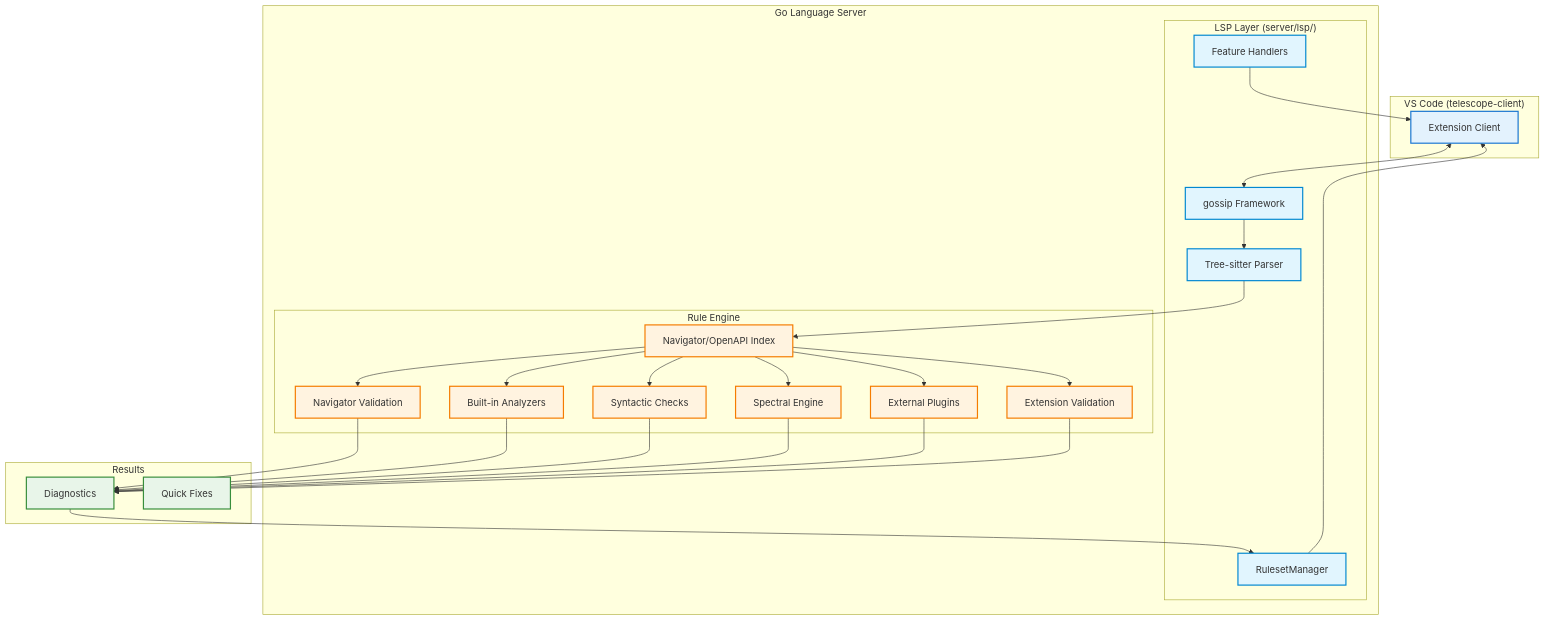
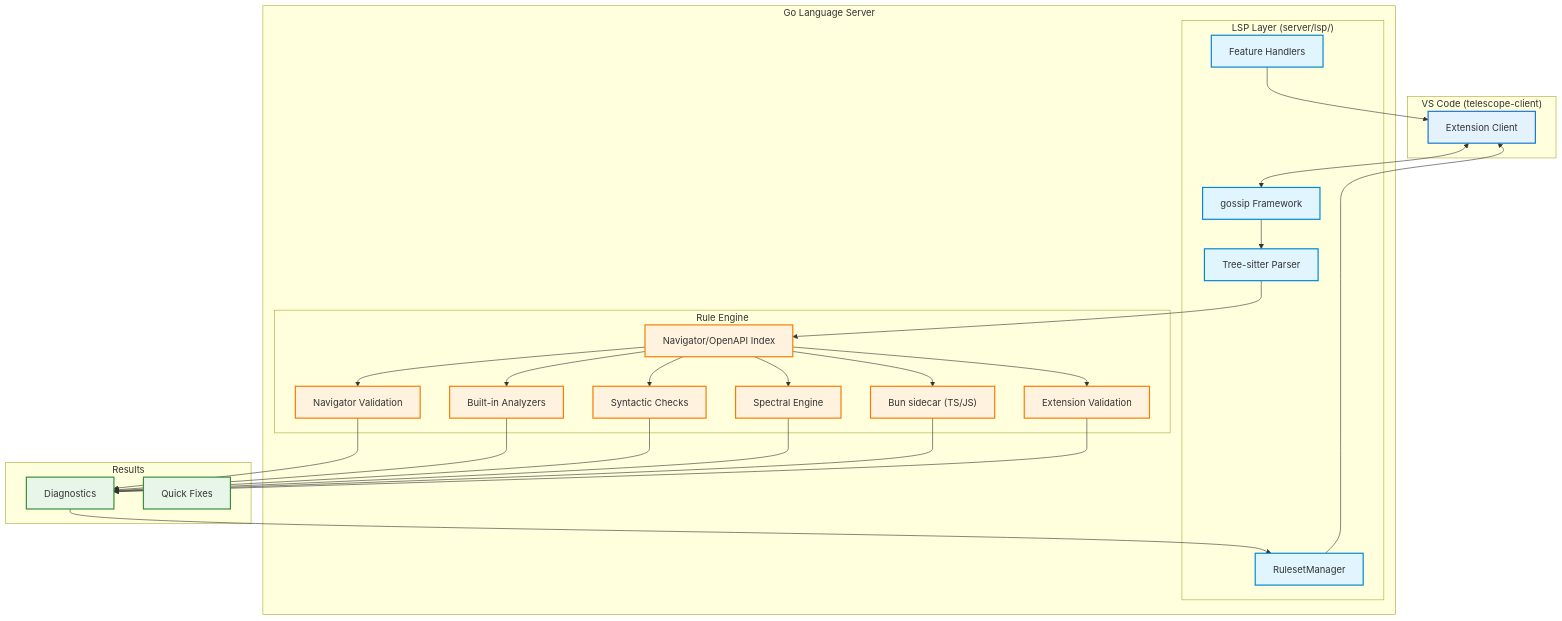
The diagram in ARCHITECTURE.md (sailpoint-oss/telescope), drawn with Mermaid before and after one commit. The commit also changed other lines of this file and 33 other files, not shown here.

First line of the commit message:
refactor: update architecture and documentation for custom rules

````diff
--- a/ARCHITECTURE.md
+++ b/ARCHITECTURE.md
@@ -45,61 +45,61 @@
 ```mermaid
 flowchart TB
     subgraph Client["VS Code (telescope-client)"]
         Extension[Extension Client]
     end
 
     subgraph Server["Go Language Server"]
         subgraph LSP["LSP Layer (server/lsp/)"]
             Gossip["gossip Framework"]
             TreeSitter["Tree-sitter Parser"]
             Handlers["Feature Handlers"]
             RulesetMgr["RulesetManager"]
         end
 
         subgraph Engine["Rule Engine"]
             Index["Navigator/OpenAPI Index"]
             Navigator["Navigator Validation"]
             Analyzers["Built-in Analyzers"]
             Checks["Syntactic Checks"]
             Spectral["Spectral Engine"]
-            Plugins["External Plugins"]
+            BunSidecar["Bun sidecar (TS/JS)"]
             ExtVal["Extension Validation"]
         end
     end
 
     subgraph Output["Results"]
         Diagnostics["Diagnostics"]
         Fixes["Quick Fixes"]
     end
 
     Extension <--> Gossip
     Gossip --> TreeSitter
     TreeSitter --> Index
     Index --> Navigator
     Index --> Analyzers
     Index --> Checks
     Index --> Spectral
-    Index --> Plugins
+    Index --> BunSidecar
     Index --> ExtVal
 
     Navigator --> Diagnostics
     Analyzers --> Diagnostics
     Checks --> Diagnostics
     Spectral --> Diagnostics
-    Plugins --> Diagnostics
+    BunSidecar --> Diagnostics
     ExtVal --> Diagnostics
 
     Diagnostics --> RulesetMgr
     RulesetMgr --> Extension
     Handlers --> Extension
 
     classDef client fill:#e3f2fd,stroke:#1976d2,stroke-width:2px
     classDef lsp fill:#e1f5fe,stroke:#0288d1,stroke-width:2px
     classDef engine fill:#fff3e0,stroke:#f57c00,stroke-width:2px
     classDef output fill:#e8f5e9,stroke:#388e3c,stroke-width:2px
 
     class Extension client
     class Gossip,TreeSitter,Handlers,RulesetMgr lsp
-    class Index,Navigator,Analyzers,Checks,Spectral,Plugins,ExtVal engine
+    class Index,Navigator,Analyzers,Checks,Spectral,BunSidecar,ExtVal engine
     class Diagnostics,Fixes output
 ```
````
